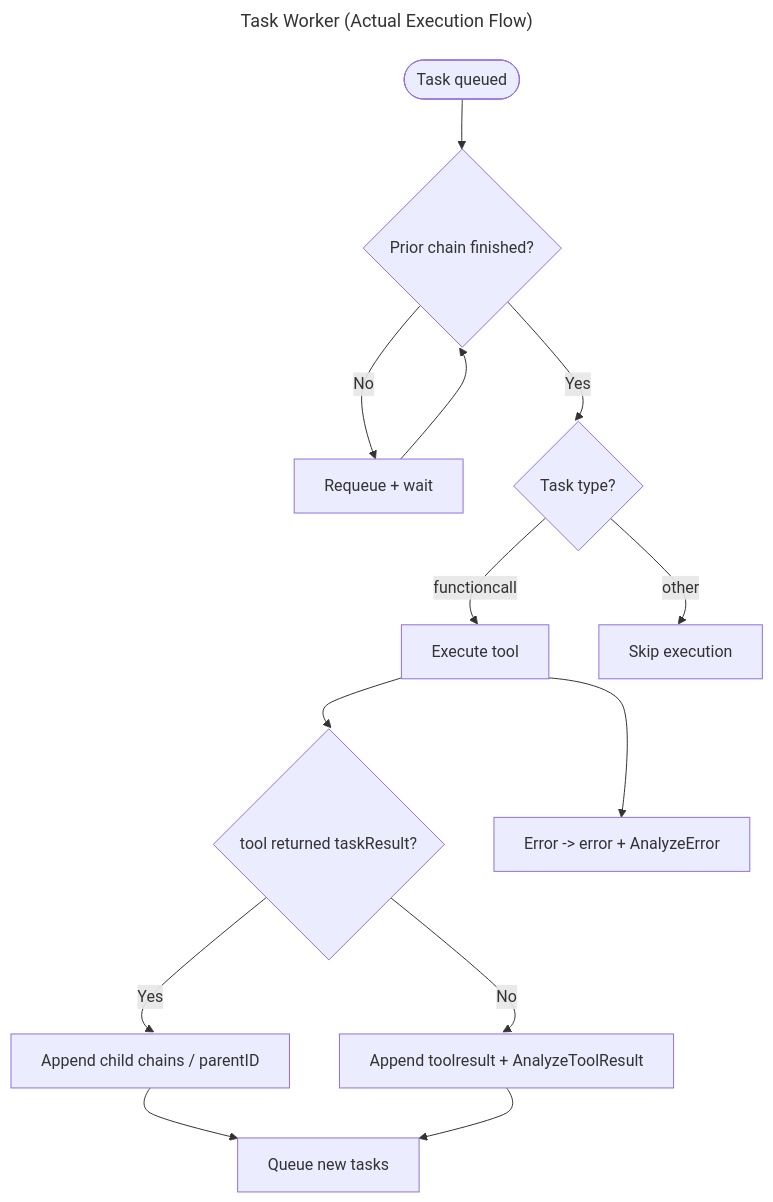
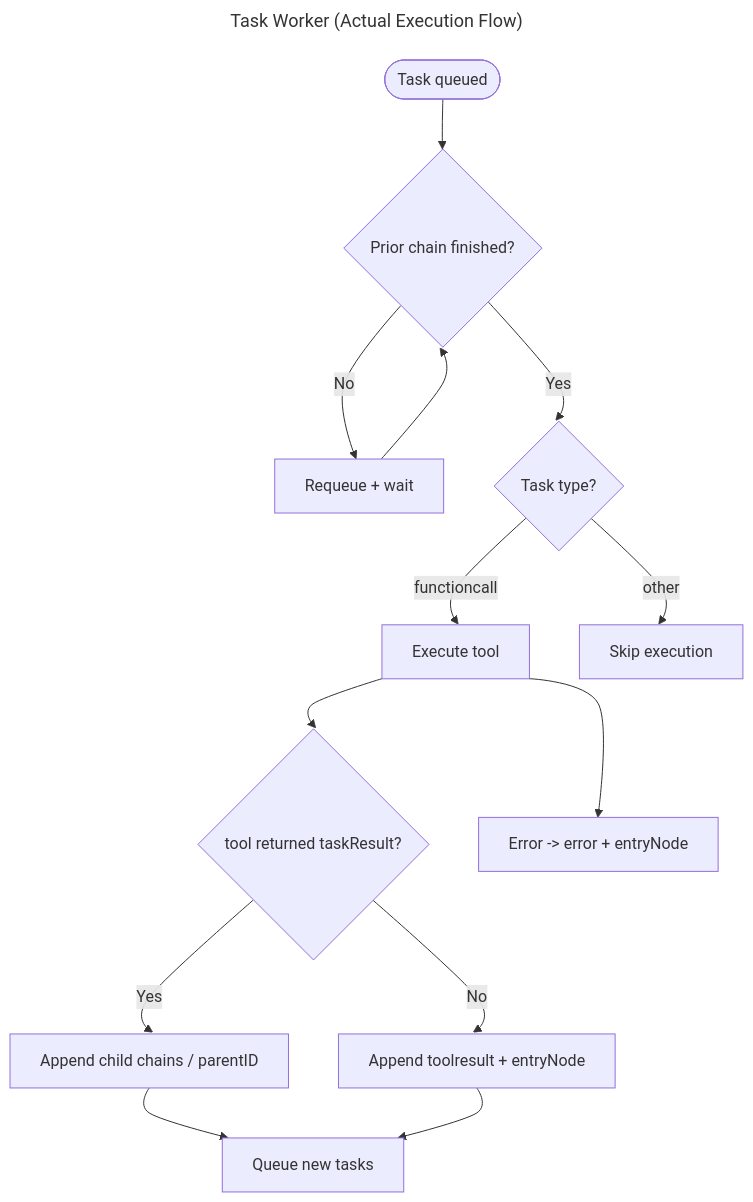
One commit to Xyntopia/taskyon changed the first of 3 diagrams in public/docs/conversations/taskyon_description.md. Above: the diagram before and after it, drawn with Mermaid. The commit also changed other lines of this file and 26 other files, not shown here.

Commit message:
refactor chatcompetion and entry node

````diff
--- a/public/docs/conversations/taskyon_description.md
+++ b/public/docs/conversations/taskyon_description.md
@@ -46,20 +46,20 @@
 ```mermaid
 ---
 title: Task Worker (Actual Execution Flow)
 ---
 %%{init: { "flowchart": { "curve": "cardinal", "wrappingWidth": 420 } } }%%
 flowchart TB
   A([Task queued]) --> B{Prior chain finished?}
   B -- No --> C[Requeue + wait] --> B
   B -- Yes --> D{Task type?}
   D -- functioncall --> E[Execute tool]
   D -- other --> F[Skip execution]
 
   E --> G{tool returned taskResult?}
   G -- Yes --> H[Append child chains / parentID]
-  G -- No --> I[Append toolresult + AnalyzeToolResult]
+  G -- No --> I[Append toolresult + entryNode]
 
-  E --> J[Error -> error + AnalyzeError]
+  E --> J[Error -> error + entryNode]
   H --> K[Queue new tasks]
   I --> K
 ```
````
